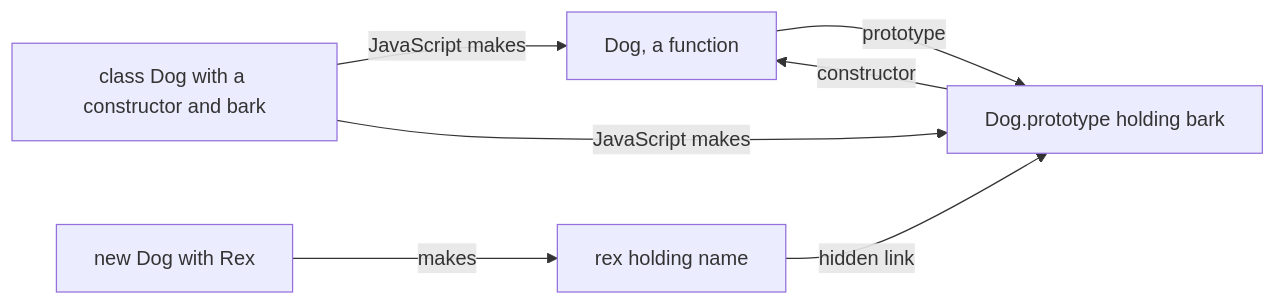
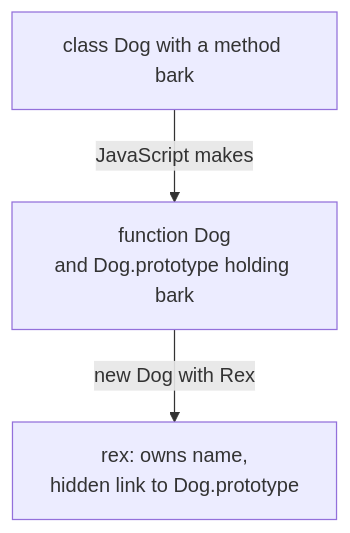
The first of 3 diagrams in learn/javascript/08-classes.md (starjustice/research-material), drawn with Mermaid before and after one commit. The commit also changed other lines of this file, not shown here.

Commit message:
Reshape JavaScript lesson 08 (Classes) into short cards with guess bars and blue More detail bars

````diff
--- a/learn/javascript/08-classes.md
+++ b/learn/javascript/08-classes.md
@@ -30,9 +15,5 @@
 ```mermaid
-graph LR
-    C["class Dog with a constructor and bark"] -->|JavaScript makes| F["Dog, a function"]
-    C -->|JavaScript makes| P["Dog.prototype holding bark"]
-    F -->|prototype| P
-    P -->|constructor| F
-    N["new Dog with Rex"] -->|makes| R["rex holding name"]
-    R -->|hidden link| P
+graph TB
+    A["class Dog with a method bark"] -->|JavaScript makes| B["function Dog<br/>and Dog.prototype holding bark"]
+    B -->|new Dog with Rex| C["rex: owns name,<br/>hidden link to Dog.prototype"]
 ```
````
